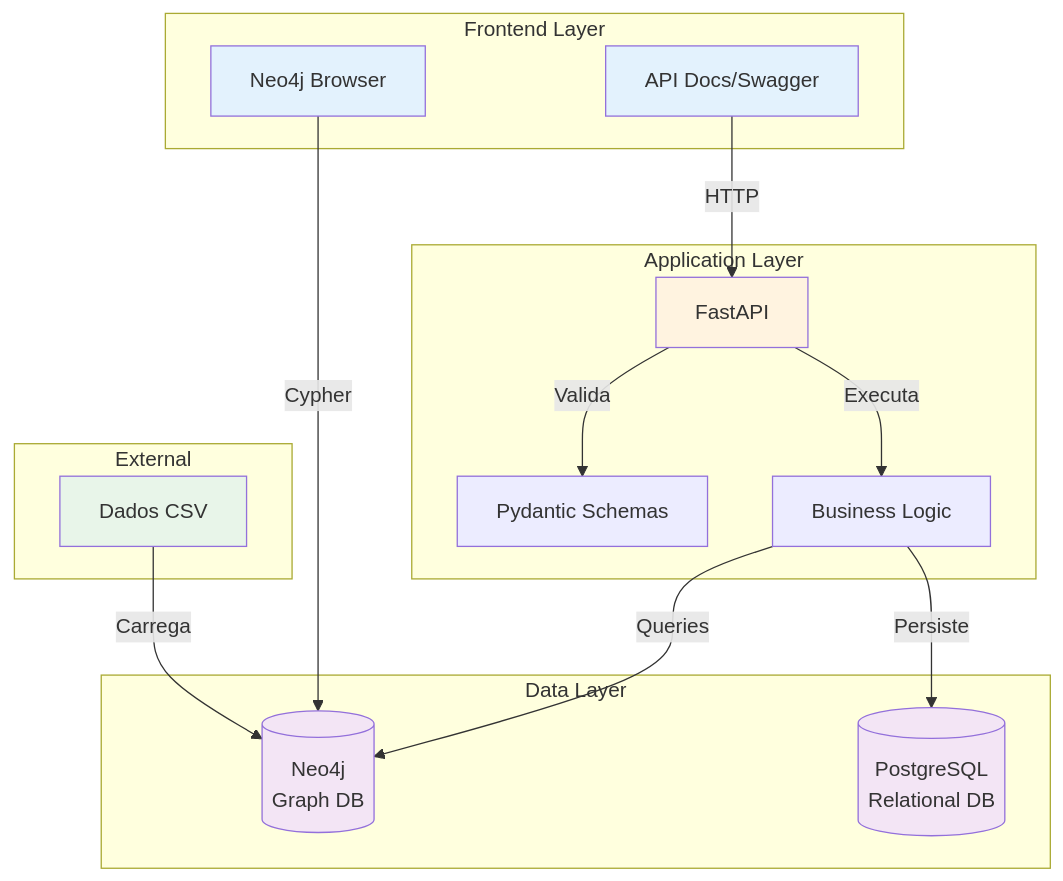
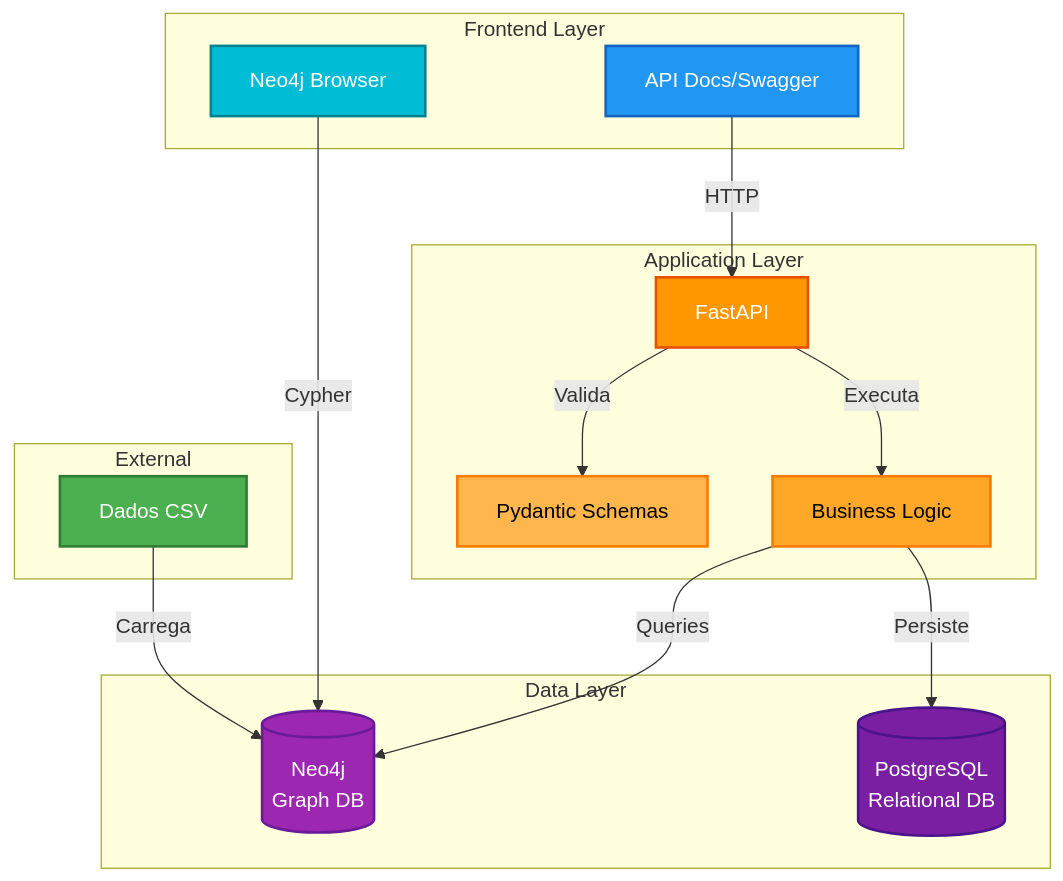
The second of 14 diagrams in README.md (gregorizeidler/aml-graphs-detection-system), drawn with Mermaid before and after one commit. The commit also changed other lines of this file, not shown here.

````diff
--- a/README.md
+++ b/README.md
@@ -85,33 +85,35 @@
 ```mermaid
 graph TB
     subgraph "Frontend Layer"
         A[API Docs/Swagger] 
         B[Neo4j Browser]
     end
     
     subgraph "Application Layer"
         C[FastAPI] -->|Valida| D[Pydantic Schemas]
         C -->|Executa| E[Business Logic]
     end
     
     subgraph "Data Layer"
         F[(Neo4j<br/>Graph DB)] 
         G[(PostgreSQL<br/>Relational DB)]
     end
     
     subgraph "External"
         H[Dados CSV] -->|Carrega| F
     end
     
     A -->|HTTP| C
     B -->|Cypher| F
     E -->|Queries| F
     E -->|Persiste| G
     
-    style A fill:#e3f2fd
-    style B fill:#e3f2fd
-    style C fill:#fff3e0
-    style F fill:#f3e5f5
-    style G fill:#f3e5f5
-    style H fill:#e8f5e9
+    style A fill:#2196F3,stroke:#1565C0,stroke-width:2px,color:#fff
+    style B fill:#00BCD4,stroke:#00838F,stroke-width:2px,color:#fff
+    style C fill:#FF9800,stroke:#E65100,stroke-width:2px,color:#fff
+    style D fill:#FFB74D,stroke:#F57C00,stroke-width:2px,color:#000
+    style E fill:#FFA726,stroke:#F57C00,stroke-width:2px,color:#000
+    style F fill:#9C27B0,stroke:#6A1B9A,stroke-width:2px,color:#fff
+    style G fill:#7B1FA2,stroke:#4A148C,stroke-width:2px,color:#fff
+    style H fill:#4CAF50,stroke:#2E7D32,stroke-width:2px,color:#fff
 ```
````
